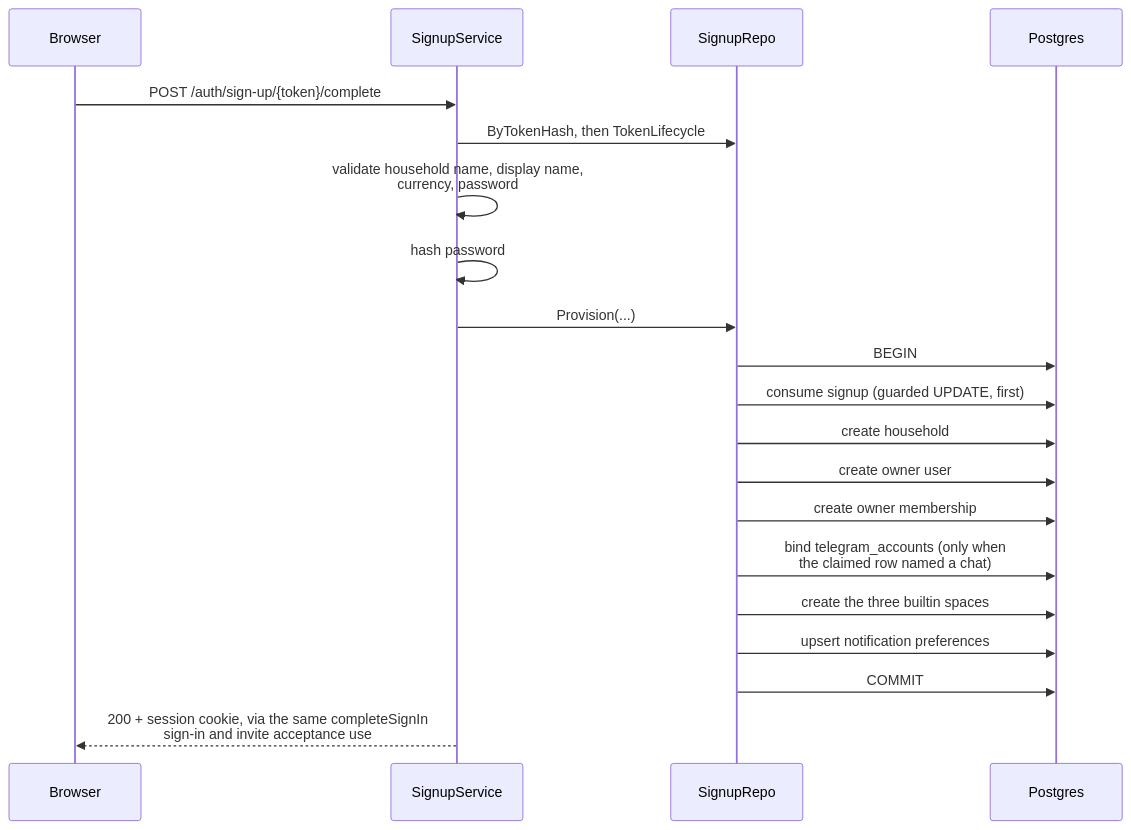
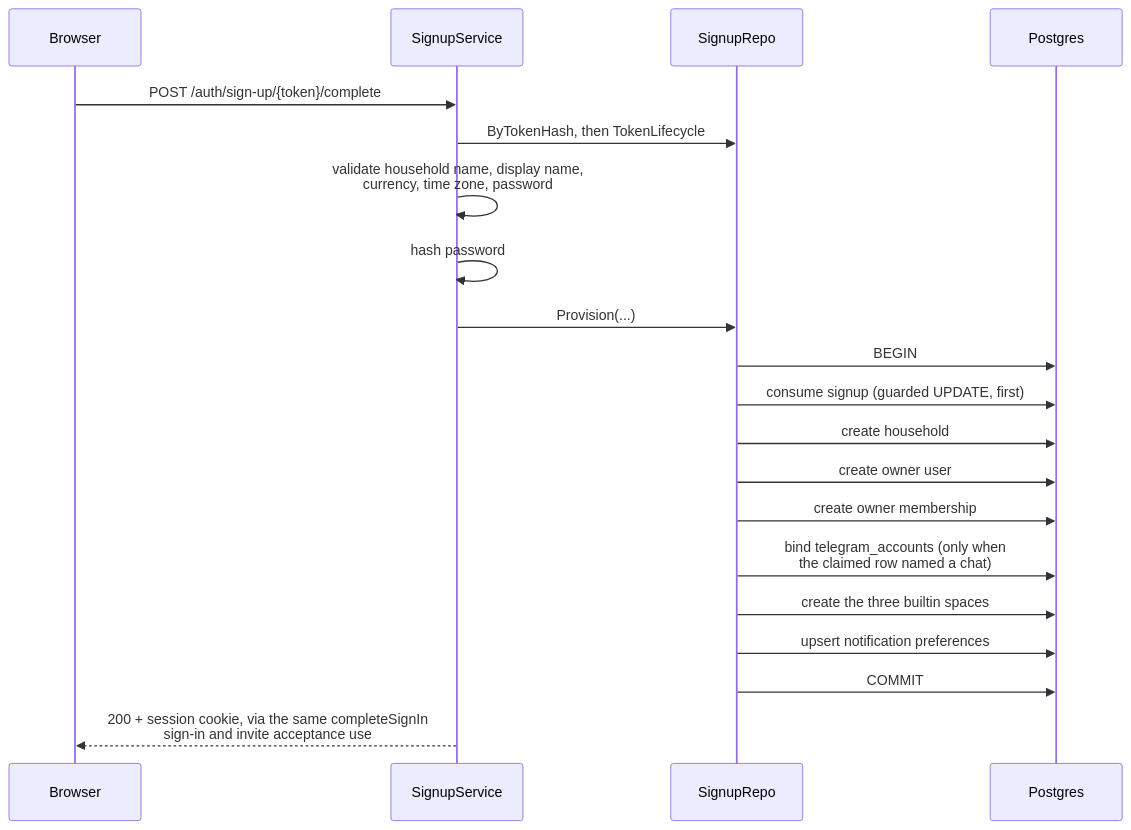
Before and after one commit to oandrz/Household: the ninth of 28 diagrams in docs/SYSTEM_DESIGN.md, drawn with Mermaid. The commit also changed other lines of this file and 7 other files, not shown here.

````diff
--- a/docs/SYSTEM_DESIGN.md
+++ b/docs/SYSTEM_DESIGN.md
@@ -1657,23 +1691,23 @@
 ```mermaid
 sequenceDiagram
     participant B as Browser
     participant S as SignupService
     participant R as SignupRepo
     participant DB as Postgres
 
     B->>S: POST /auth/sign-up/{token}/complete
     S->>R: ByTokenHash, then TokenLifecycle
-    S->>S: validate household name, display name,<br/>currency, password
+    S->>S: validate household name, display name,<br/>currency, time zone, password
     S->>S: hash password
     S->>R: Provision(...)
     R->>DB: BEGIN
     R->>DB: consume signup (guarded UPDATE, first)
     R->>DB: create household
     R->>DB: create owner user
     R->>DB: create owner membership
     R->>DB: bind telegram_accounts (only when<br/>the claimed row named a chat)
     R->>DB: create the three builtin spaces
     R->>DB: upsert notification preferences
     R->>DB: COMMIT
     S-->>B: 200 + session cookie, via the same completeSignIn<br/>sign-in and invite acceptance use
 ```
````
